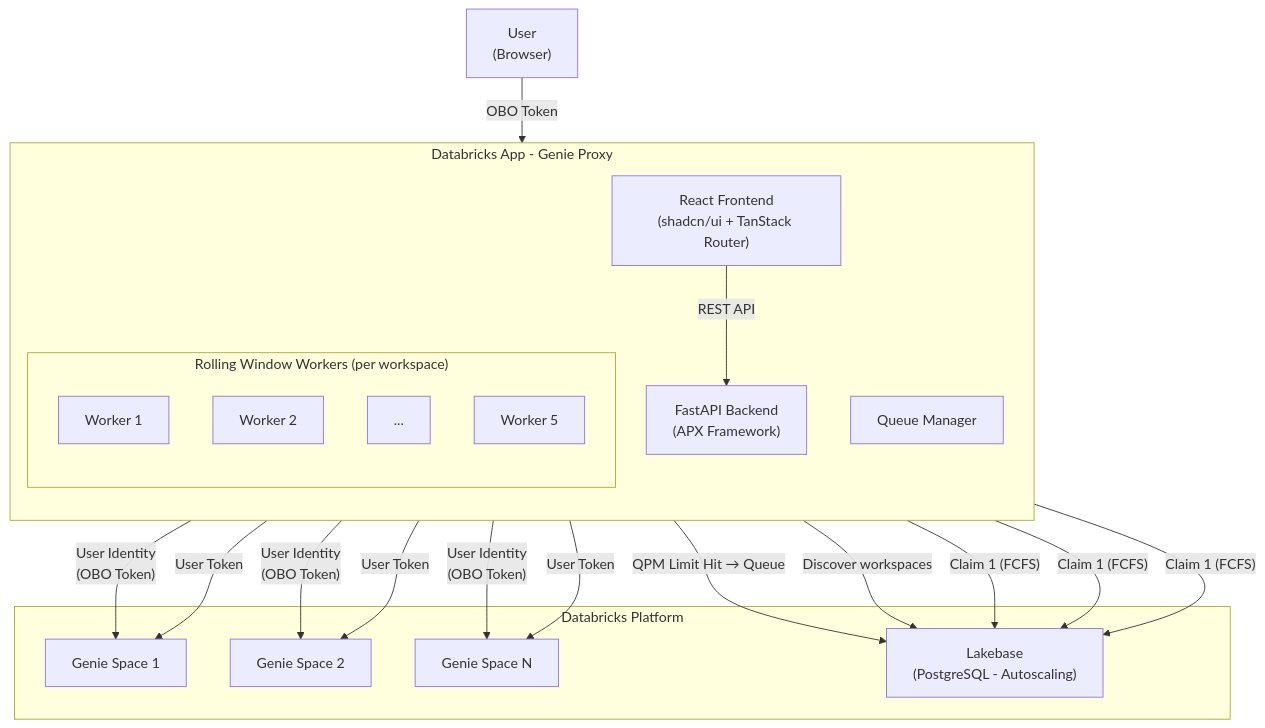
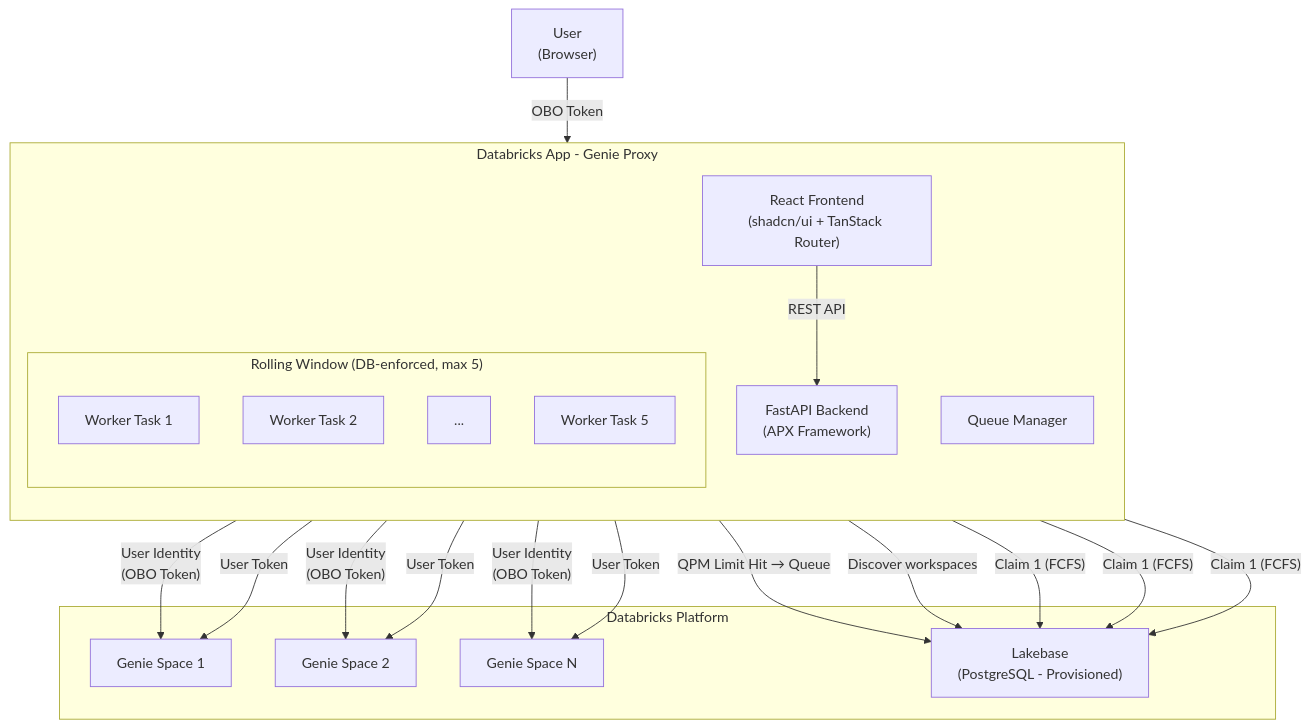
The first of 3 diagrams in README.md (Karthikeya108/genie-proxy), drawn with Mermaid before and after one commit. The commit also changed other lines of this file and 14 other files, not shown here.

````diff
--- a/README.md
+++ b/README.md
@@ -7,37 +7,37 @@
 ```mermaid
 flowchart TB
     subgraph "Databricks App - Genie Proxy"
         direction TB
         UI["React Frontend<br/>(shadcn/ui + TanStack Router)"]
         API["FastAPI Backend<br/>(APX Framework)"]
         MGR["Queue Manager"]
-        subgraph "Rolling Window Workers (per workspace)"
-            W1["Worker 1"]
-            W2["Worker 2"]
+        subgraph "Rolling Window (DB-enforced, max 5)"
+            W1["Worker Task 1"]
+            W2["Worker Task 2"]
             W3["..."]
-            W5["Worker 5"]
+            W5["Worker Task 5"]
         end
     end
 
     subgraph "Databricks Platform"
         GS1["Genie Space 1"]
         GS2["Genie Space 2"]
         GSN["Genie Space N"]
-        LB["Lakebase<br/>(PostgreSQL - Autoscaling)"]
+        LB["Lakebase<br/>(PostgreSQL - Provisioned)"]
     end
 
     User["User<br/>(Browser)"] -->|"OBO Token"| UI
     UI -->|"REST API"| API
     API -->|"User Identity<br/>(OBO Token)"| GS1
     API -->|"User Identity<br/>(OBO Token)"| GS2
     API -->|"User Identity<br/>(OBO Token)"| GSN
 
     API -->|"QPM Limit Hit → Queue"| LB
     MGR -->|"Discover workspaces"| LB
     W1 -->|"Claim 1 (FCFS)"| LB
     W2 -->|"Claim 1 (FCFS)"| LB
     W5 -->|"Claim 1 (FCFS)"| LB
     W1 -->|"User Token"| GS1
     W2 -->|"User Token"| GS2
     W5 -->|"User Token"| GSN
 ```
````
